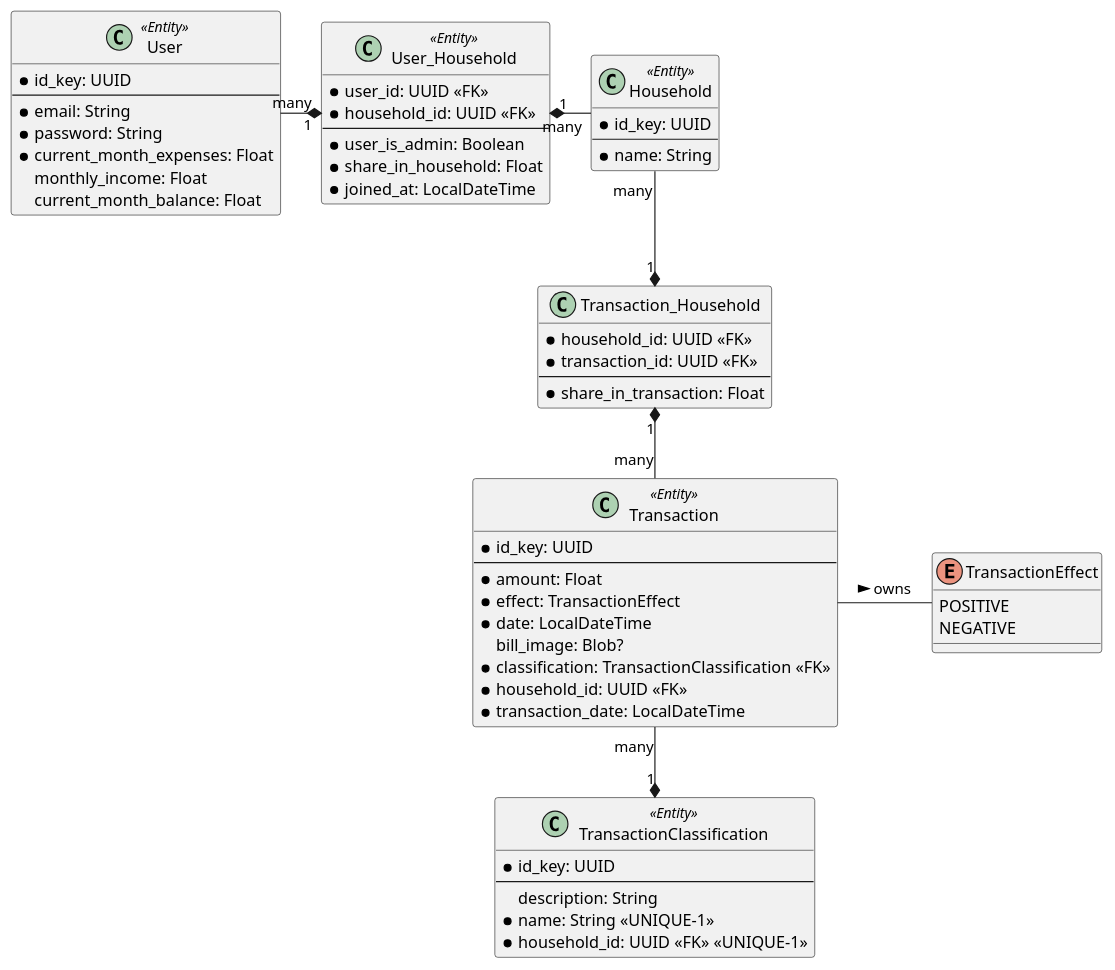
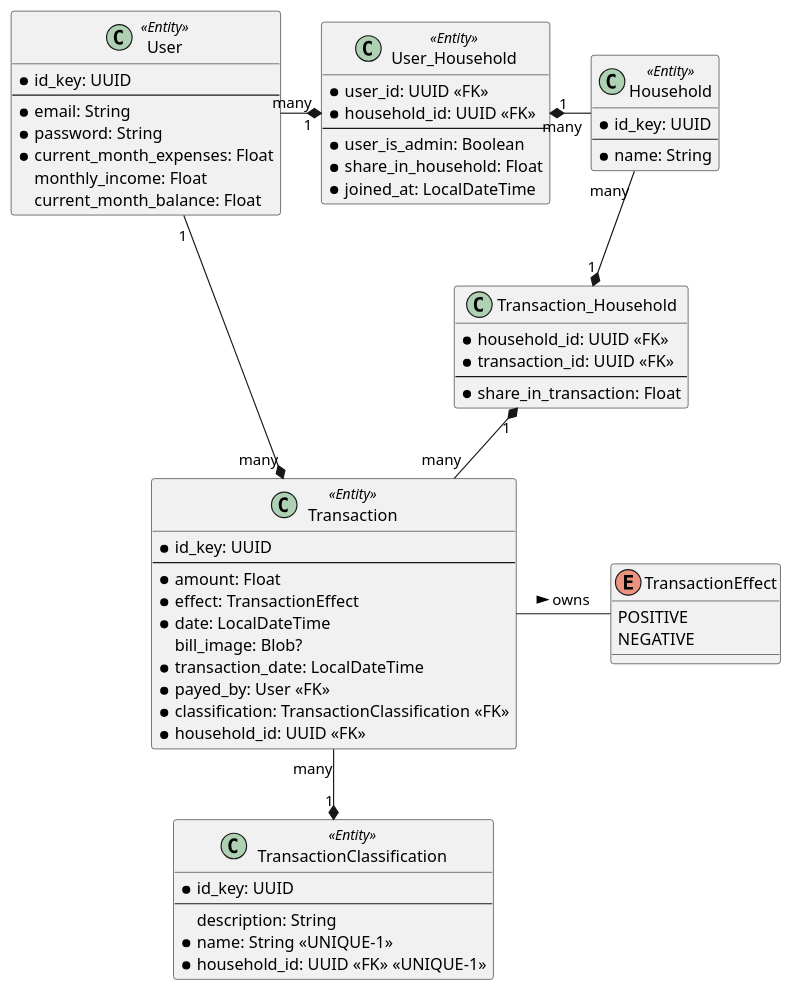
One commit to GroellerKarim/Haushalt changed the diagram in haushalt-backend/src/main/puml/domain.puml. Above: the diagram before and after it, drawn with PlantUML.

Commit message:
Mapped User OneToMany Transactions in uml

```diff
--- a/haushalt-backend/src/main/puml/domain.puml
+++ b/haushalt-backend/src/main/puml/domain.puml
@@ -1,69 +1,71 @@
 @startuml
 
 class User <<Entity>> {
     *id_key: UUID
     --
     *email: String
     *password: String
     *current_month_expenses: Float
     monthly_income: Float
     current_month_balance: Float
 }
 
 class User_Household <<Entity>>{
     *user_id: UUID <<FK>>
     *household_id: UUID <<FK>>
     --
     *user_is_admin: Boolean
     *share_in_household: Float
     *joined_at: LocalDateTime
 }
 
 User "many" -right-* "1" User_Household
 User_Household "1" *-right- "many" Household
 
 class Household <<Entity>>{
     *id_key: UUID
     --
     *name: String
 }
 
 class TransactionClassification <<Entity>>{
     * id_key: UUID
     --
     description: String
     *name: String <<UNIQUE-1>>
     *household_id: UUID <<FK>> <<UNIQUE-1>>
 }
 
 class Transaction <<Entity>>{
     *id_key: UUID
     --
     *amount: Float
     *effect: TransactionEffect
     *date: LocalDateTime
     bill_image: Blob?
+    *transaction_date: LocalDateTime
+    *payed_by: User <<FK>>
     *classification: TransactionClassification <<FK>>
     *household_id: UUID <<FK>>
-    *transaction_date: LocalDateTime
 }
 
 class Transaction_Household {
     *household_id: UUID <<FK>>
     *transaction_id: UUID <<FK>>
     --
     *share_in_transaction: Float
 }
 
+User "1" -down-* "many" Transaction
 Transaction -right- TransactionEffect : > owns
 Transaction "many" -up-* "1" Transaction_Household
 Household "many" --* "1" Transaction_Household
 Transaction  "many" --* "1" TransactionClassification
 
 enum TransactionEffect {
     POSITIVE
     NEGATIVE
 }
 
 
 @enduml
```
